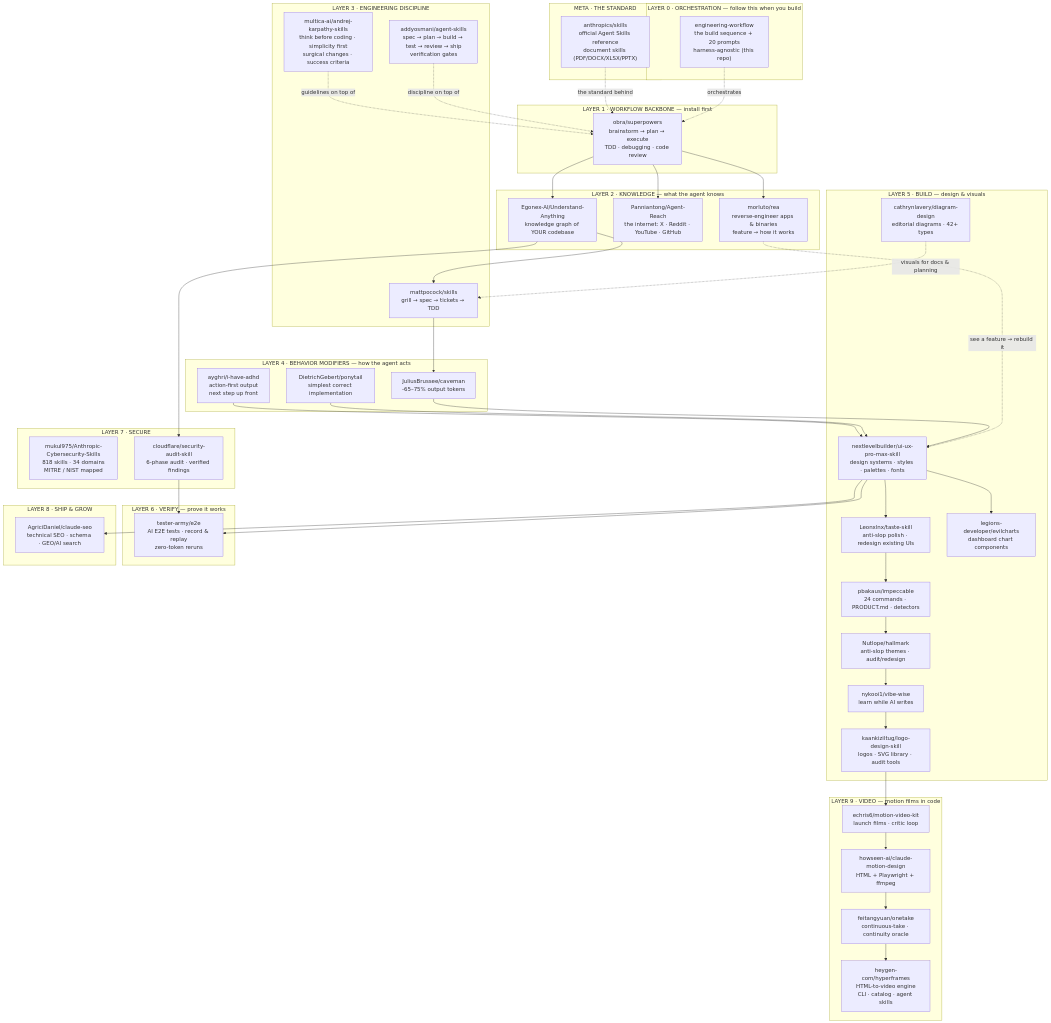
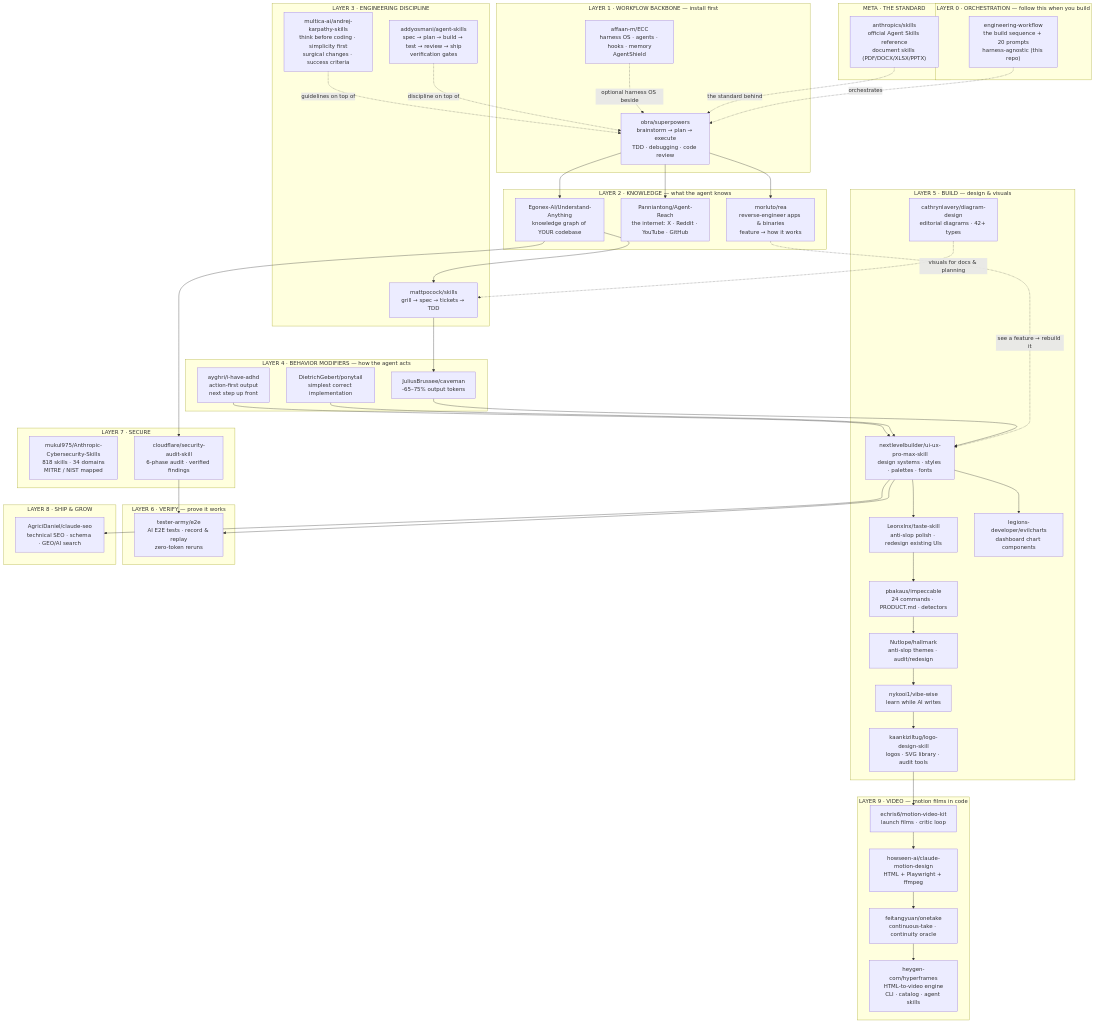
The diagram in README.md (aaronjoseph94/aarons-skill-stack), drawn with Mermaid before and after one commit. The commit also changed other lines of this file and 2 other files, not shown here.

First line of the commit message:
Add ECC harness OS as skill #29.

```diff
--- a/README.md
+++ b/README.md
@@ -78,6 +79,7 @@
     end
     subgraph L1["LAYER 1 · WORKFLOW BACKBONE — install first"]
         SP["obra/superpowers<br/>brainstorm → plan → execute<br/>TDD · debugging · code review"]
+        ECC["affaan-m/ECC<br/>harness OS · agents · hooks · memory<br/>AgentShield"]
     end
     subgraph L2["LAYER 2 · KNOWLEDGE — what the agent knows"]
         UA["Egonex-AI/Understand-Anything<br/>knowledge graph of YOUR codebase"]
@@ -126,6 +128,7 @@
     SP --> UA
     SP --> AR
     SP --> REA
+    ECC -. optional harness OS beside .-> SP
     REA -. see a feature → rebuild it .-> UX
     UA --> MP
     MP --> CV
```
